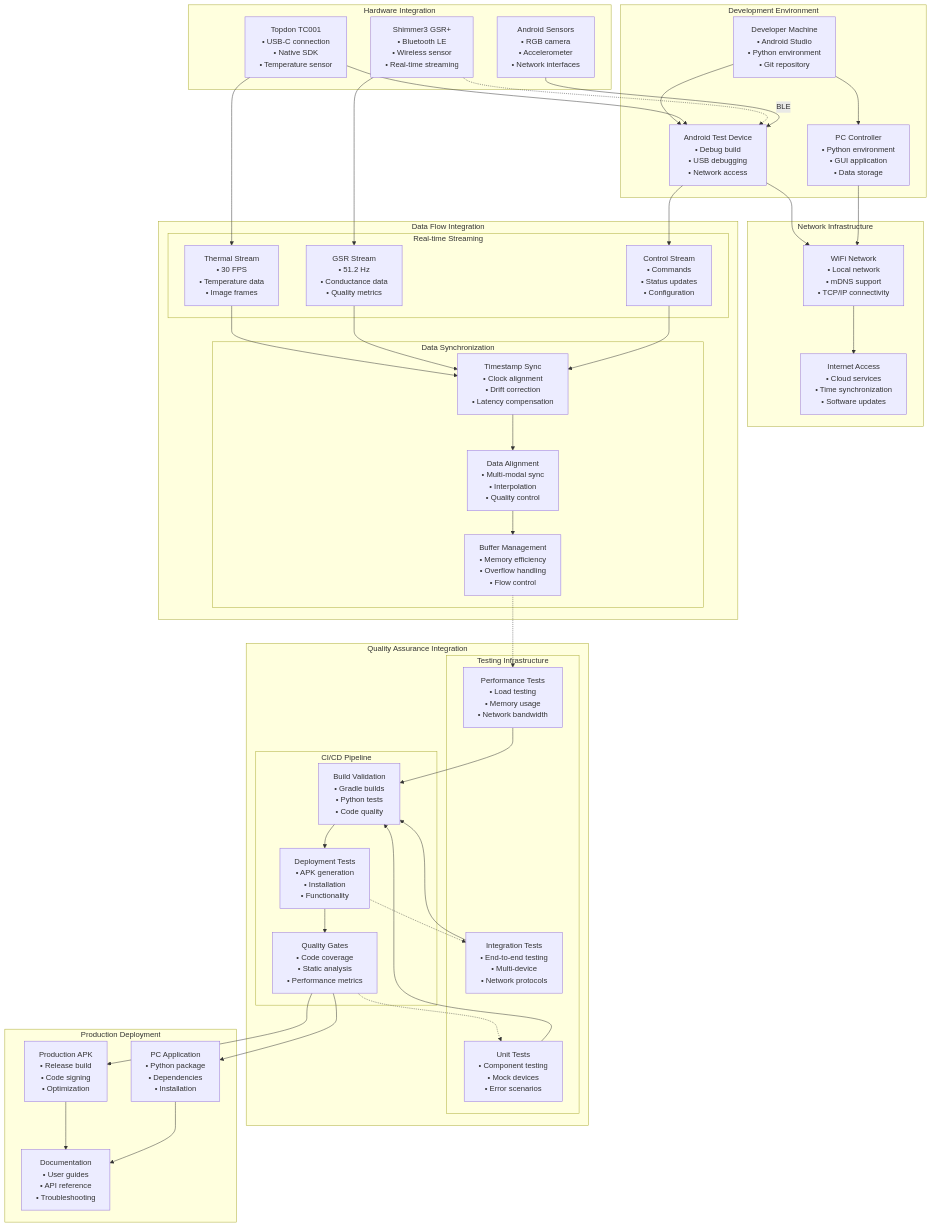
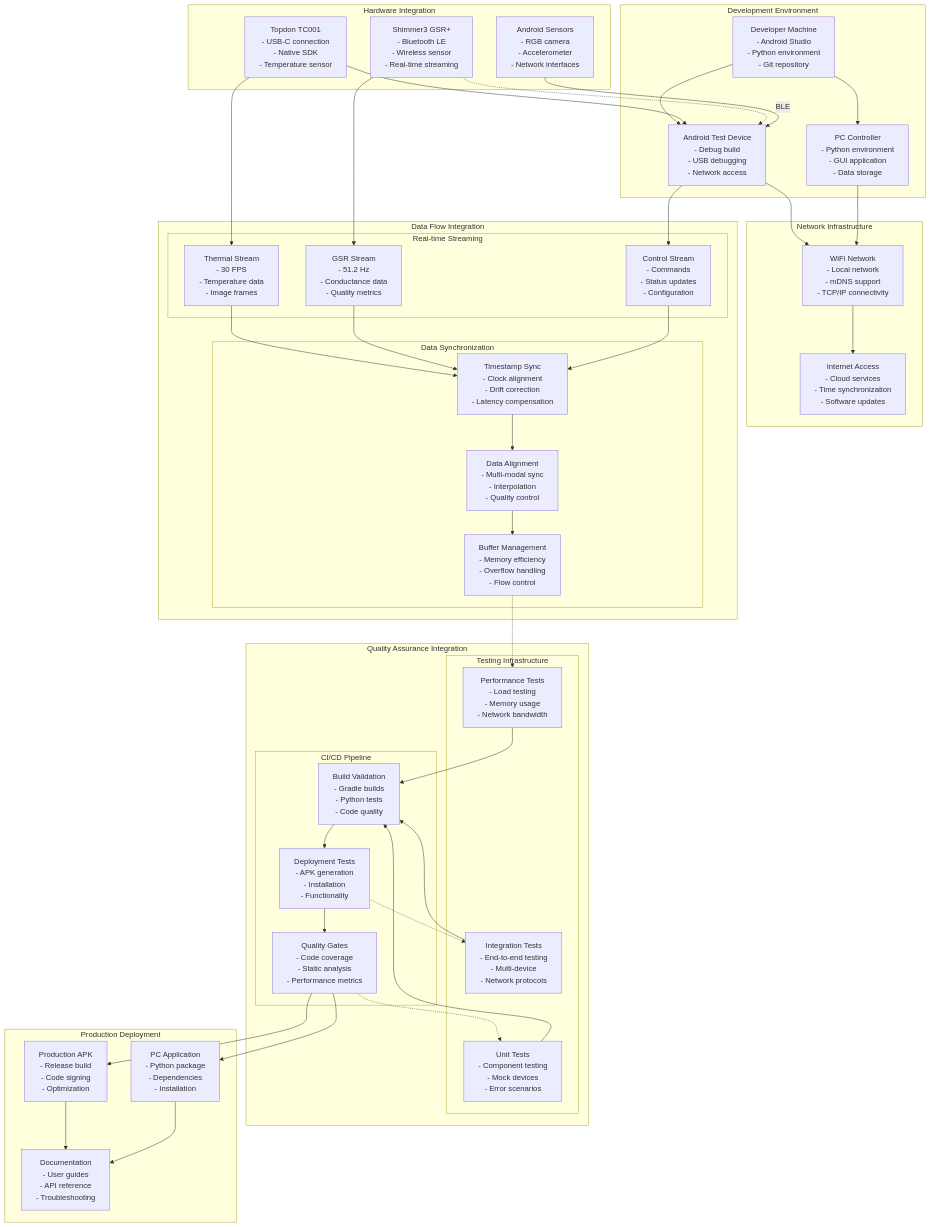
One commit to uclgsr/IRCamera changed the tenth of 23 diagrams in docs/COMPREHENSIVE_ARCHITECTURE_DIAGRAMS.md. Above: the diagram before and after it, drawn with Mermaid. The commit also changed other lines of this file and 1 other file, not shown here.

Commit message:
Changes before error encountered

````diff
--- a/docs/COMPREHENSIVE_ARCHITECTURE_DIAGRAMS.md
+++ b/docs/COMPREHENSIVE_ARCHITECTURE_DIAGRAMS.md
@@ -1073,69 +1073,69 @@
 ```mermaid
 graph TB
     subgraph "Development Environment"
-        DevMachine[Developer Machine<br/>• Android Studio<br/>• Python environment<br/>• Git repository]
+        DevMachine[Developer Machine<br/>- Android Studio<br/>- Python environment<br/>- Git repository]
         
-        AndroidDevice[Android Test Device<br/>• Debug build<br/>• USB debugging<br/>• Network access]
+        AndroidDevice[Android Test Device<br/>- Debug build<br/>- USB debugging<br/>- Network access]
         
-        PCController[PC Controller<br/>• Python environment<br/>• GUI application<br/>• Data storage]
+        PCController[PC Controller<br/>- Python environment<br/>- GUI application<br/>- Data storage]
     end
     
     subgraph "Hardware Integration"
-        ThermalCamera[Topdon TC001<br/>• USB-C connection<br/>• Native SDK<br/>• Temperature sensor]
+        ThermalCamera[Topdon TC001<br/>- USB-C connection<br/>- Native SDK<br/>- Temperature sensor]
         
-        ShimmerGSR[Shimmer3 GSR+<br/>• Bluetooth LE<br/>• Wireless sensor<br/>• Real-time streaming]
+        ShimmerGSR[Shimmer3 GSR+<br/>- Bluetooth LE<br/>- Wireless sensor<br/>- Real-time streaming]
         
-        AndroidSensors[Android Sensors<br/>• RGB camera<br/>• Accelerometer<br/>• Network interfaces]
+        AndroidSensors[Android Sensors<br/>- RGB camera<br/>- Accelerometer<br/>- Network interfaces]
     end
     
     subgraph "Network Infrastructure"
-        WiFiNetwork[WiFi Network<br/>• Local network<br/>• mDNS support<br/>• TCP/IP connectivity]
+        WiFiNetwork[WiFi Network<br/>- Local network<br/>- mDNS support<br/>- TCP/IP connectivity]
         
-        InternetAccess[Internet Access<br/>• Cloud services<br/>• Time synchronization<br/>• Software updates]
+        InternetAccess[Internet Access<br/>- Cloud services<br/>- Time synchronization<br/>- Software updates]
     end
     
     subgraph "Data Flow Integration"
         subgraph "Real-time Streaming"
-            ThermalStream[Thermal Stream<br/>• 30 FPS<br/>• Temperature data<br/>• Image frames]
+            ThermalStream[Thermal Stream<br/>- 30 FPS<br/>- Temperature data<br/>- Image frames]
             
-            GSRStream[GSR Stream<br/>• 51.2 Hz<br/>• Conductance data<br/>• Quality metrics]
+            GSRStream[GSR Stream<br/>- 51.2 Hz<br/>- Conductance data<br/>- Quality metrics]
             
-            ControlStream[Control Stream<br/>• Commands<br/>• Status updates<br/>• Configuration]
+            ControlStream[Control Stream<br/>- Commands<br/>- Status updates<br/>- Configuration]
         end
         
         subgraph "Data Synchronization"
-            TimestampSync[Timestamp Sync<br/>• Clock alignment<br/>• Drift correction<br/>• Latency compensation]
+            TimestampSync[Timestamp Sync<br/>- Clock alignment<br/>- Drift correction<br/>- Latency compensation]
             
-            DataAlignment[Data Alignment<br/>• Multi-modal sync<br/>• Interpolation<br/>• Quality control]
+            DataAlignment[Data Alignment<br/>- Multi-modal sync<br/>- Interpolation<br/>- Quality control]
             
-            BufferManagement[Buffer Management<br/>• Memory efficiency<br/>• Overflow handling<br/>• Flow control]
+            BufferManagement[Buffer Management<br/>- Memory efficiency<br/>- Overflow handling<br/>- Flow control]
         end
     end
     
     subgraph "Quality Assurance Integration"
         subgraph "Testing Infrastructure"
-            UnitTests[Unit Tests<br/>• Component testing<br/>• Mock devices<br/>• Error scenarios]
+            UnitTests[Unit Tests<br/>- Component testing<br/>- Mock devices<br/>- Error scenarios]
             
-            IntegrationTests[Integration Tests<br/>• End-to-end testing<br/>• Multi-device<br/>• Network protocols]
+            IntegrationTests[Integration Tests<br/>- End-to-end testing<br/>- Multi-device<br/>- Network protocols]
             
-            PerformanceTests[Performance Tests<br/>• Load testing<br/>• Memory usage<br/>• Network bandwidth]
+            PerformanceTests[Performance Tests<br/>- Load testing<br/>- Memory usage<br/>- Network bandwidth]
         end
         
         subgraph "CI/CD Pipeline"
-            BuildValidation[Build Validation<br/>• Gradle builds<br/>• Python tests<br/>• Code quality]
+            BuildValidation[Build Validation<br/>- Gradle builds<br/>- Python tests<br/>- Code quality]
             
-            DeploymentTests[Deployment Tests<br/>• APK generation<br/>• Installation<br/>• Functionality]
+            DeploymentTests[Deployment Tests<br/>- APK generation<br/>- Installation<br/>- Functionality]
             
-            QualityGates[Quality Gates<br/>• Code coverage<br/>• Static analysis<br/>• Performance metrics]
+            QualityGates[Quality Gates<br/>- Code coverage<br/>- Static analysis<br/>- Performance metrics]
         end
     end
     
     subgraph "Production Deployment"
-        ProductionAPK[Production APK<br/>• Release build<br/>• Code signing<br/>• Optimization]
+        ProductionAPK[Production APK<br/>- Release build<br/>- Code signing<br/>- Optimization]
         
-        PCDistribution[PC Application<br/>• Python package<br/>• Dependencies<br/>• Installation]
+        PCDistribution[PC Application<br/>- Python package<br/>- Dependencies<br/>- Installation]
         
-        Documentation[Documentation<br/>• User guides<br/>• API reference<br/>• Troubleshooting]
+        Documentation[Documentation<br/>- User guides<br/>- API reference<br/>- Troubleshooting]
     end
     
     %% Development connections
````
